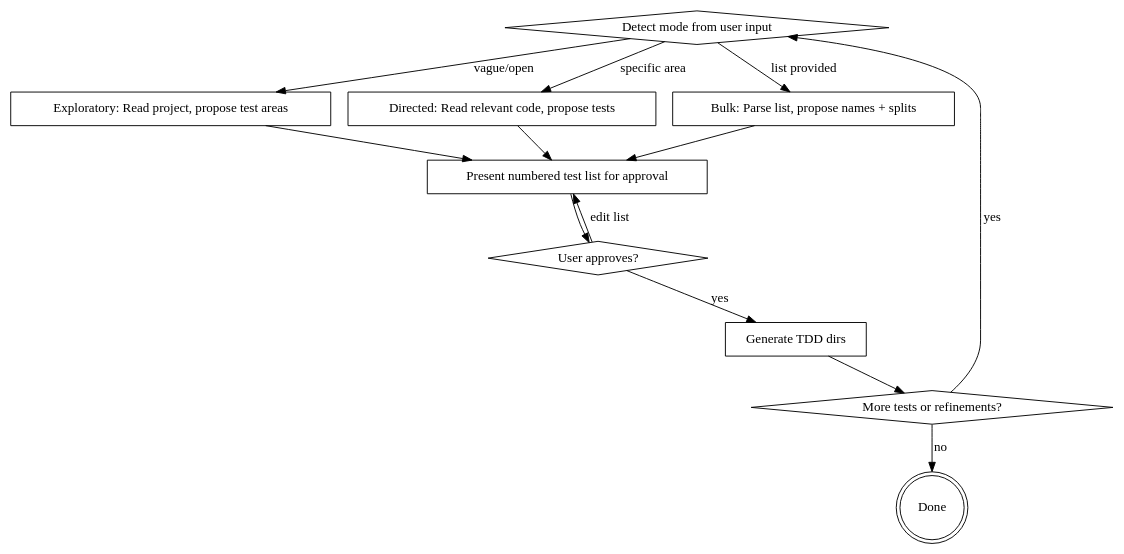
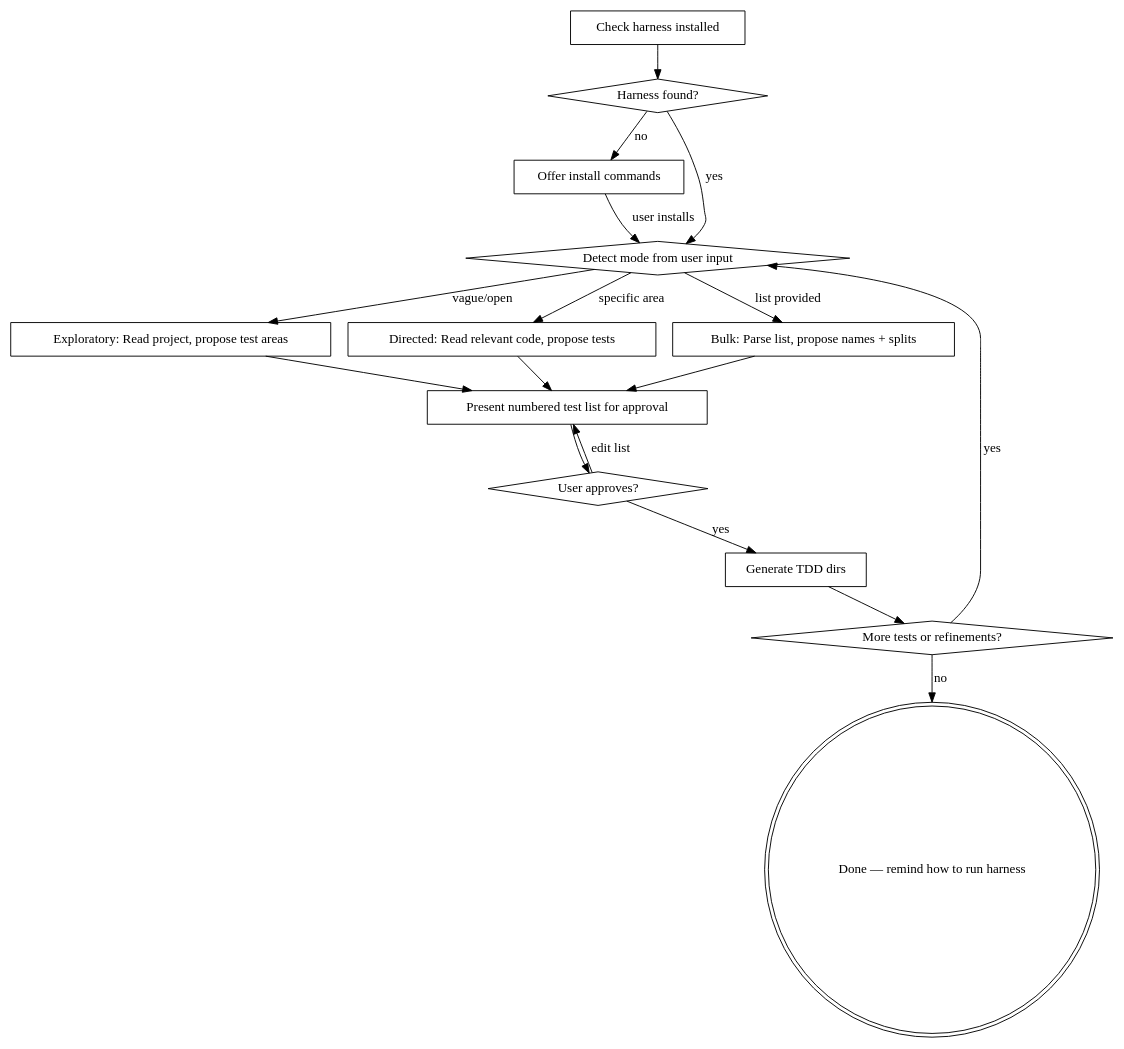
The diagram in skills/write-tdd.md (jgatt493/jg-mini-harness), drawn with Graphviz before and after one commit. The commit also changed other lines of this file, not shown here.

Commit message:
feat: add harness setup instructions to write-tdd skill

````diff
--- a/skills/write-tdd.md
+++ b/skills/write-tdd.md
@@ -19,26 +43,33 @@
 ```dot
 digraph write_tdd {
+    "Check harness installed" [shape=box];
+    "Harness found?" [shape=diamond];
+    "Offer install commands" [shape=box];
     "Detect mode from user input" [shape=diamond];
     "Exploratory: Read project, propose test areas" [shape=box];
     "Directed: Read relevant code, propose tests" [shape=box];
     "Bulk: Parse list, propose names + splits" [shape=box];
     "Present numbered test list for approval" [shape=box];
     "User approves?" [shape=diamond];
     "Generate TDD dirs" [shape=box];
     "More tests or refinements?" [shape=diamond];
-    "Done" [shape=doublecircle];
+    "Done — remind how to run harness" [shape=doublecircle];
 
+    "Check harness installed" -> "Harness found?";
+    "Harness found?" -> "Detect mode from user input" [label="yes"];
+    "Harness found?" -> "Offer install commands" [label="no"];
+    "Offer install commands" -> "Detect mode from user input" [label="user installs"];
     "Detect mode from user input" -> "Exploratory: Read project, propose test areas" [label="vague/open"];
     "Detect mode from user input" -> "Directed: Read relevant code, propose tests" [label="specific area"];
     "Detect mode from user input" -> "Bulk: Parse list, propose names + splits" [label="list provided"];
     "Exploratory: Read project, propose test areas" -> "Present numbered test list for approval";
     "Directed: Read relevant code, propose tests" -> "Present numbered test list for approval";
     "Bulk: Parse list, propose names + splits" -> "Present numbered test list for approval";
-    "Present numbered test list for approval" -> "User approves?" ;
+    "Present numbered test list for approval" -> "User approves?";
     "User approves?" -> "Present numbered test list for approval" [label="edit list"];
     "User approves?" -> "Generate TDD dirs" [label="yes"];
     "Generate TDD dirs" -> "More tests or refinements?";
     "More tests or refinements?" -> "Detect mode from user input" [label="yes"];
-    "More tests or refinements?" -> "Done" [label="no"];
+    "More tests or refinements?" -> "Done — remind how to run harness" [label="no"];
 }
 ```
````
